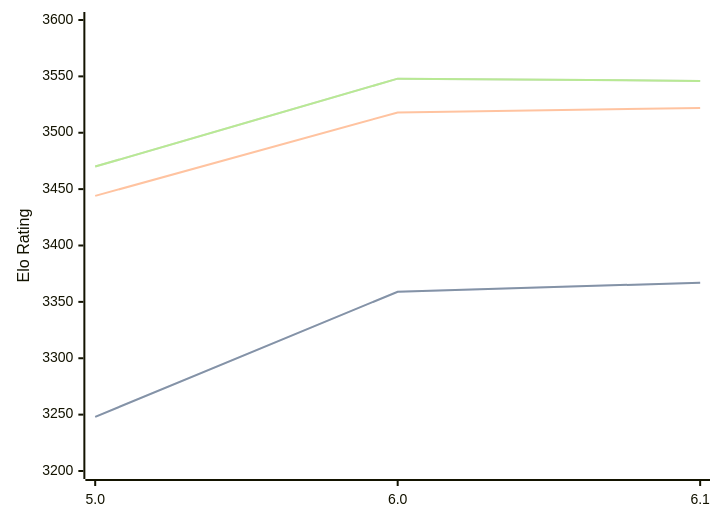
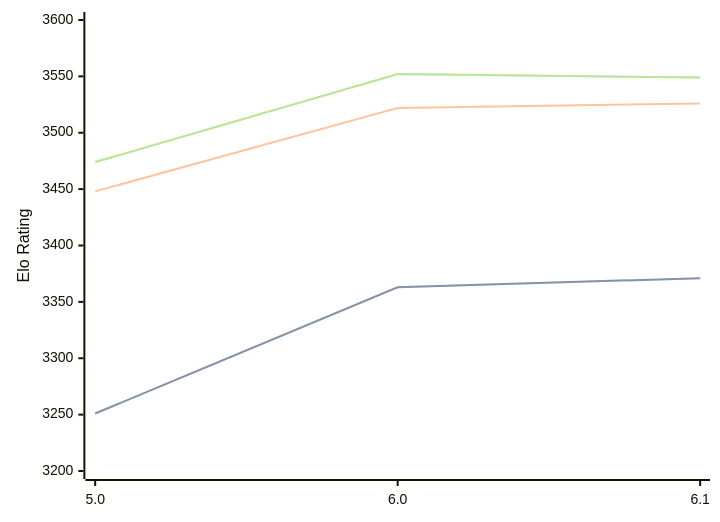
The diagram in engines/Starzix.md (computer-chess-index/cci), drawn with Mermaid before and after one commit. The commit also changed other lines of this file, not shown here.

Commit message:
Update CCI Ratings (ELO VLTC) - 2026-04-30

````diff
--- a/engines/Starzix.md
+++ b/engines/Starzix.md
@@ -37,11 +37,11 @@
 ```mermaid
 %%{init: {"theme":"base","themeVariables":{"seriesColors:['#a3a3a3','#222221','#faa371']}}}%%
 xychart-beta
   x-axis ["5.0", "6.0", "6.1"]
   y-axis "Elo Rating" 3200 --> 3600
-  line "STC (8.0+0.08s)" [3248, 3359, 3367]
-  line "STC (8.0+0.08s)" [3248, 3359, 3367]
-  line "LTC (60.0+0.60s)" [3444, 3518, 3522]
-  line "VLTC (2m24s+1.12s)" [3470, 3548, 3546]
-  line "VLTC (2m24s+1.12s)" [3470, 3548, 3546]
+  line "STC (8.0+0.08s)" [3251, 3363, 3371]
+  line "STC (8.0+0.08s)" [3251, 3363, 3371]
+  line "LTC (60.0+0.60s)" [3448, 3522, 3526]
+  line "VLTC (2m24s+1.12s)" [3474, 3552, 3549]
+  line "VLTC (2m24s+1.12s)" [3474, 3552, 3549]
 ```
````
